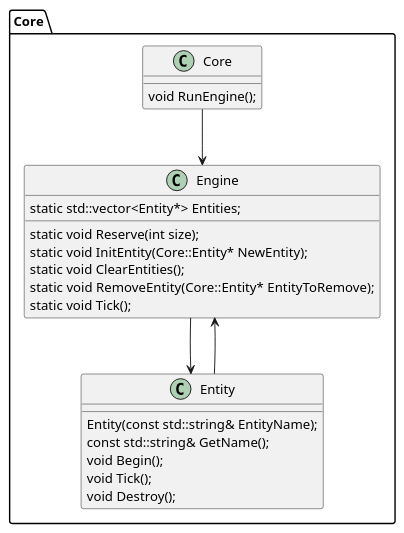
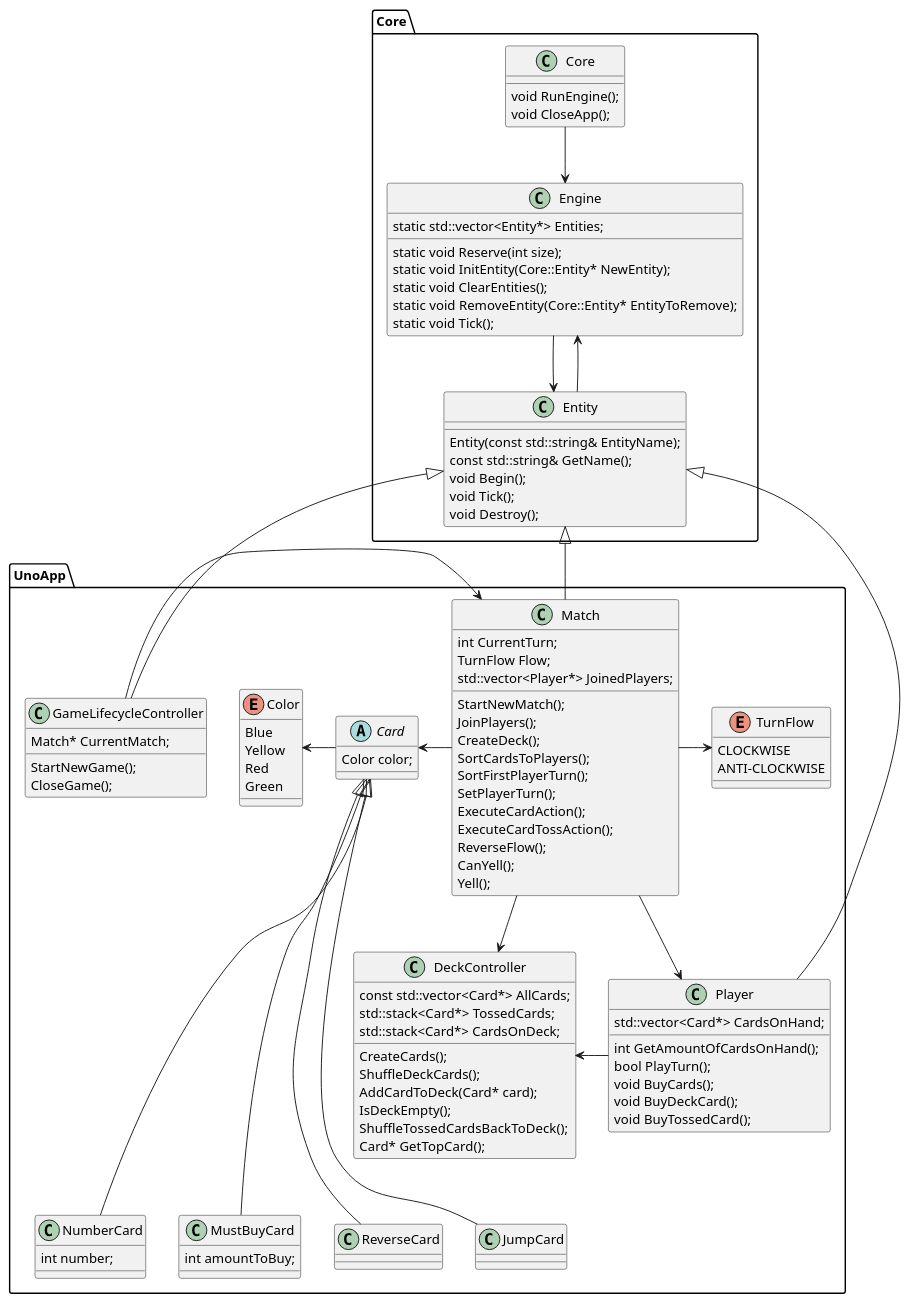
One commit to rodrigoaadias/UnoGameProjectCpp changed the diagram in Documentation/GeneralArchitecture.puml. Above: the diagram before and after it, drawn with PlantUML. The commit also changed 2 other files, not shown here.

Commit message:
Improved general architecture file and created a new one for cards to be cleaner

```diff
--- a/Documentation/GeneralArchitecture.puml
+++ b/Documentation/GeneralArchitecture.puml
@@ -1,33 +1,128 @@
 @startuml
 'https://plantuml.com/class-diagram
 
 package Core
 {
     class Engine{
         static std::vector<Entity*> Entities;
         static void Reserve(int size);
         static void InitEntity(Core::Entity* NewEntity);
         static void ClearEntities();
         static void RemoveEntity(Core::Entity* EntityToRemove);
         static void Tick();
     }
 
     class Entity{        
         Entity(const std::string& EntityName);
         const std::string& GetName();
         void Begin();
         void Tick();
         void Destroy();  
     }
     
     Engine --> Entity
     Entity --> Engine
     
     class Core{
         void RunEngine();
+        void CloseApp();
     }
 
     Core --> Engine
 }
 
+package UnoApp
+{
+    class GameLifecycleController{
+        Match* CurrentMatch;
+        StartNewGame();
+        CloseGame();
+    }
+    
+    class Player{
+        std::vector<Card*> CardsOnHand;
+        int GetAmountOfCardsOnHand();
+        bool PlayTurn();
+        void BuyCards();
+        void BuyDeckCard();
+        void BuyTossedCard();
+    }
+
+    class DeckController{
+        const std::vector<Card*> AllCards;
+        std::stack<Card*> TossedCards;
+        std::stack<Card*> CardsOnDeck;
+        CreateCards();
+        ShuffleDeckCards();
+        AddCardToDeck(Card* card);
+        IsDeckEmpty();
+        ShuffleTossedCardsBackToDeck();
+        Card* GetTopCard();
+    }
+
+    enum TurnFlow{
+        CLOCKWISE
+        ANTI-CLOCKWISE
+    }
+
+    class Match{    
+        int CurrentTurn;
+        TurnFlow Flow;
+        std::vector<Player*> JoinedPlayers;              
+        StartNewMatch();
+        JoinPlayers();
+        CreateDeck();
+        SortCardsToPlayers();
+        SortFirstPlayerTurn();
+        SetPlayerTurn();  
+        ExecuteCardAction();      
+        ExecuteCardTossAction();  
+        ReverseFlow();
+        CanYell();
+        Yell();
+    }
+    
+    enum Color{
+        Blue
+        Yellow
+        Red
+        Green
+    }
+
+    abstract class Card{
+        Color color;
+    }
+
+    class NumberCard{
+        int number;
+    }
+    
+    class MustBuyCard{
+        int amountToBuy;
+    }
+    
+    class ReverseCard{
+    }
+
+    class JumpCard{
+    }
+
+    Entity <|-- GameLifecycleController
+    GameLifecycleController -> Match
+    Color <- Card
+    Card <|--- NumberCard
+    Card <|--- MustBuyCard
+    Card <|--- ReverseCard
+    Card <|--- JumpCard
+    
+    Entity <|-- Player
+    Entity <|-- Match
+
+    Player -> DeckController
+    Match --> Player
+    Match --> DeckController
+    Match -> TurnFlow
+    Match -> Card
+}
+
 @enduml
```
